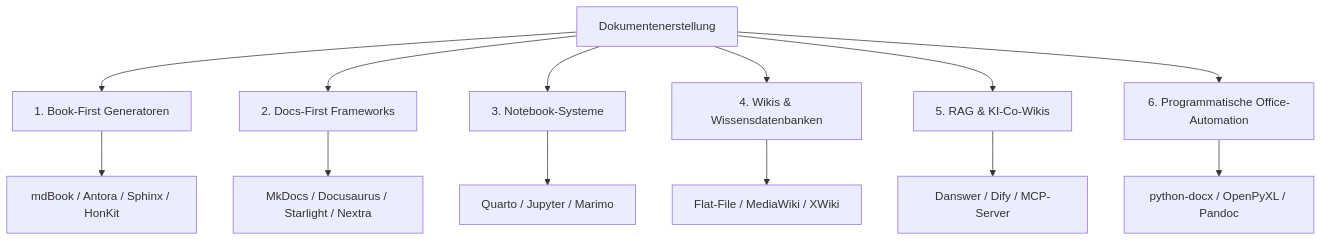
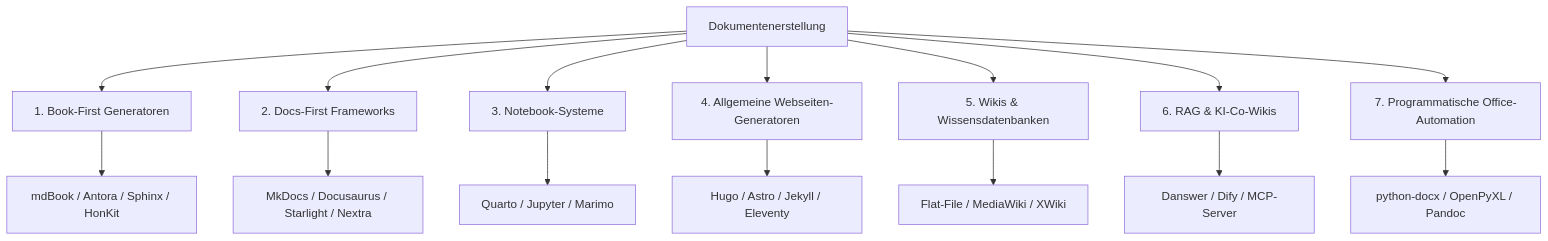
Before and after one commit to thorstenkloehn/dokument: the diagram in docs/Dokument_Erstellen/index.md, drawn with Mermaid. The commit also changed other lines of this file, not shown here.

````diff
--- a/docs/Dokument_Erstellen/index.md
+++ b/docs/Dokument_Erstellen/index.md
@@ -5,16 +5,18 @@
 ```mermaid
 graph TD
     A[Dokumentenerstellung] --> B[1. Book-First Generatoren]
     A --> C[2. Docs-First Frameworks]
     A --> D[3. Notebook-Systeme]
-    A --> E[4. Wikis & Wissensdatenbanken]
-    A --> F[5. RAG & KI-Co-Wikis]
-    A --> G[6. Programmatische Office-Automation]
+    A --> H[4. Allgemeine Webseiten-Generatoren]
+    A --> E[5. Wikis & Wissensdatenbanken]
+    A --> F[6. RAG & KI-Co-Wikis]
+    A --> G[7. Programmatische Office-Automation]
     
     B --> B1[mdBook / Antora / Sphinx / HonKit]
     C --> C1[MkDocs / Docusaurus / Starlight / Nextra]
     D --> D1[Quarto / Jupyter / Marimo]
+    H --> H1[Hugo / Astro / Jekyll / Eleventy]
     E --> E1[Flat-File / MediaWiki / XWiki]
     F --> F1[Danswer / Dify / MCP-Server]
     G --> G1[python-docx / OpenPyXL / Pandoc]
 ```
````
